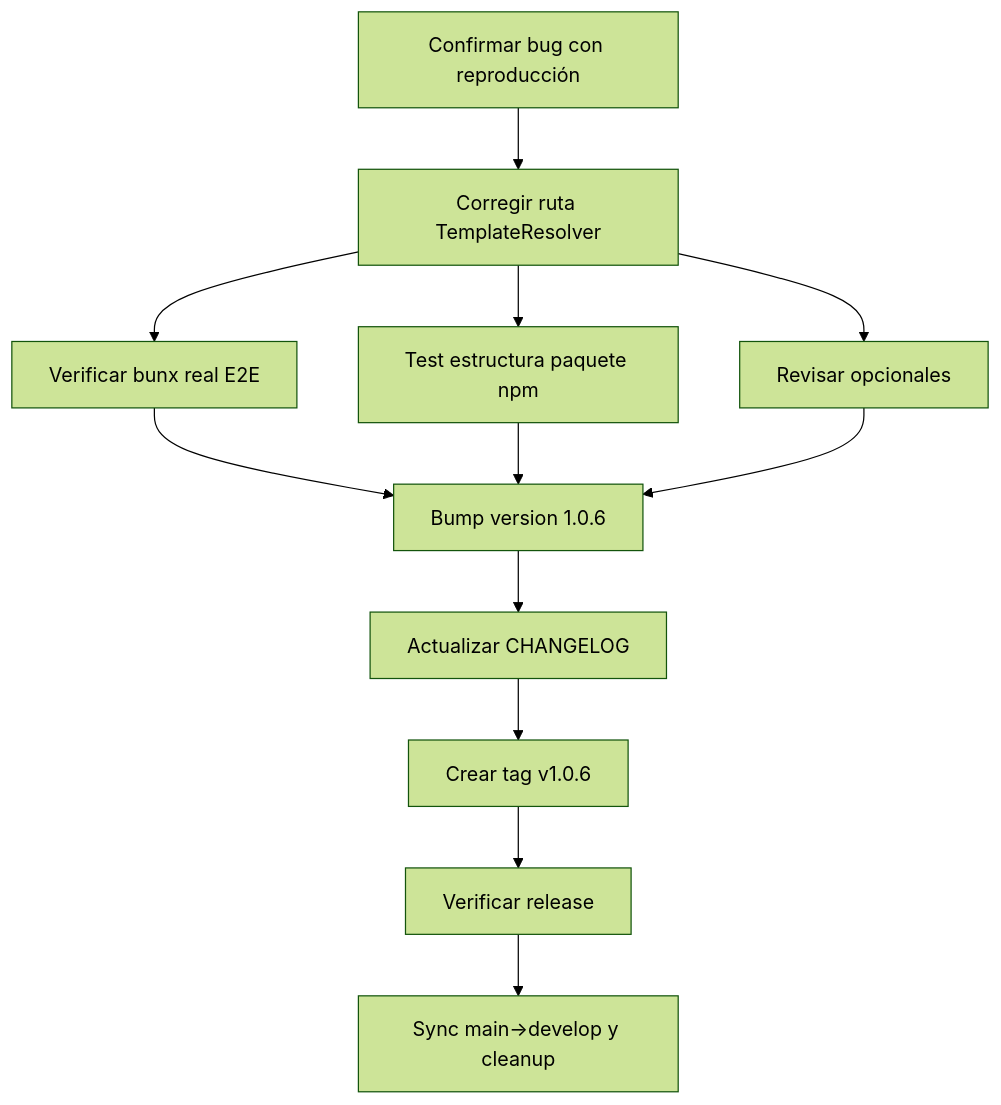
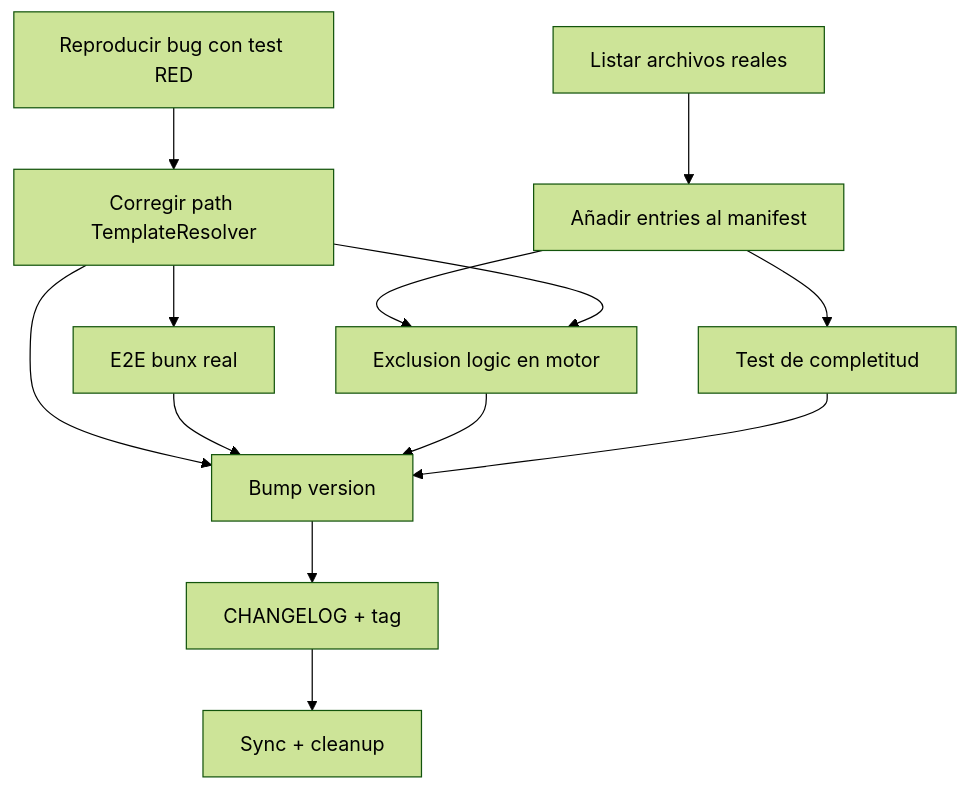
Before and after one commit to Fisherk2/codice-opencode: the diagram in tasks/plan.md, drawn with Mermaid (forest theme). The commit also changed other lines of this file and 1 other file, not shown here.

First line of the commit message:
docs(tasks): expand FEV-2 plan with manifest + exclusion logic

````diff
--- a/tasks/plan.md
+++ b/tasks/plan.md
@@ -240,14 +281,15 @@
 ```mermaid
 graph TD
-    FEV2-T0[Confirmar bug con reproducción] --> FEV2-T1[Corregir ruta TemplateResolver]
-    FEV2-T1 --> FEV2-T2[Test estructura paquete npm]
-    FEV2-T1 --> FEV2-T3[Verificar bunx real E2E]
-    FEV2-T1 --> FEV2-T4[Revisar opcionales]
-    FEV2-T3 --> FEV2-T5[Bump version 1.0.6]
-    FEV2-T2 --> FEV2-T5
-    FEV2-T4 --> FEV2-T5
-    FEV2-T5 --> FEV2-T6[Actualizar CHANGELOG]
-    FEV2-T6 --> FEV2-T7[Crear tag v1.0.6]
-    FEV2-T7 --> FEV2-T8[Verificar release]
-    FEV2-T8 --> FEV2-T9[Sync main→develop y cleanup]
+    FEV2-T0[Reproducir bug con test RED] --> FEV2-T1[Corregir path TemplateResolver]
+    FEV2-T3[Listar archivos reales] --> FEV2-T4[Añadir entries al manifest]
+    FEV2-T1 --> FEV2-T2[E2E bunx real]
+    FEV2-T4 --> FEV2-T5[Exclusion logic en motor]
+    FEV2-T1 --> FEV2-T5
+    FEV2-T4 --> FEV2-T6[Test de completitud]
+    FEV2-T1 --> FEV2-T7[Bump version]
+    FEV2-T2 --> FEV2-T7
+    FEV2-T5 --> FEV2-T7
+    FEV2-T6 --> FEV2-T7
+    FEV2-T7 --> FEV2-T8[CHANGELOG + tag]
+    FEV2-T8 --> FEV2-T9[Sync + cleanup]
 ```
````
